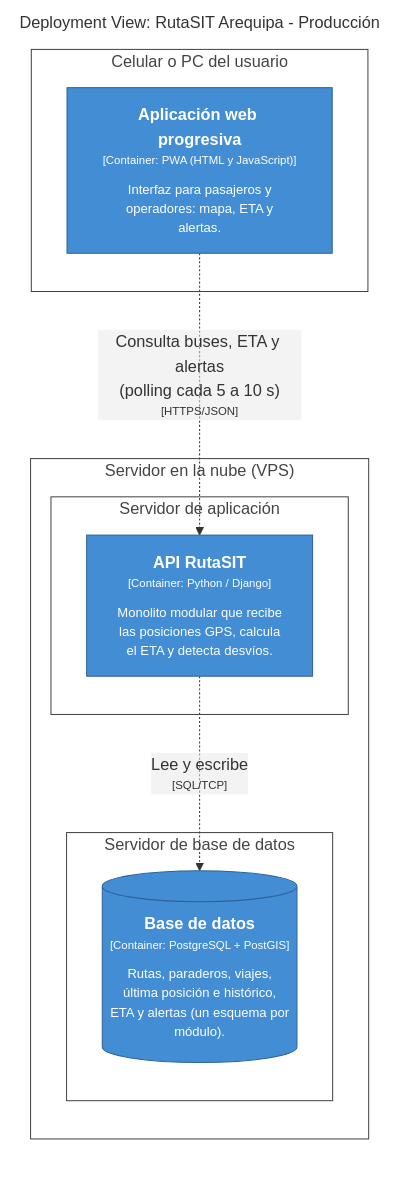
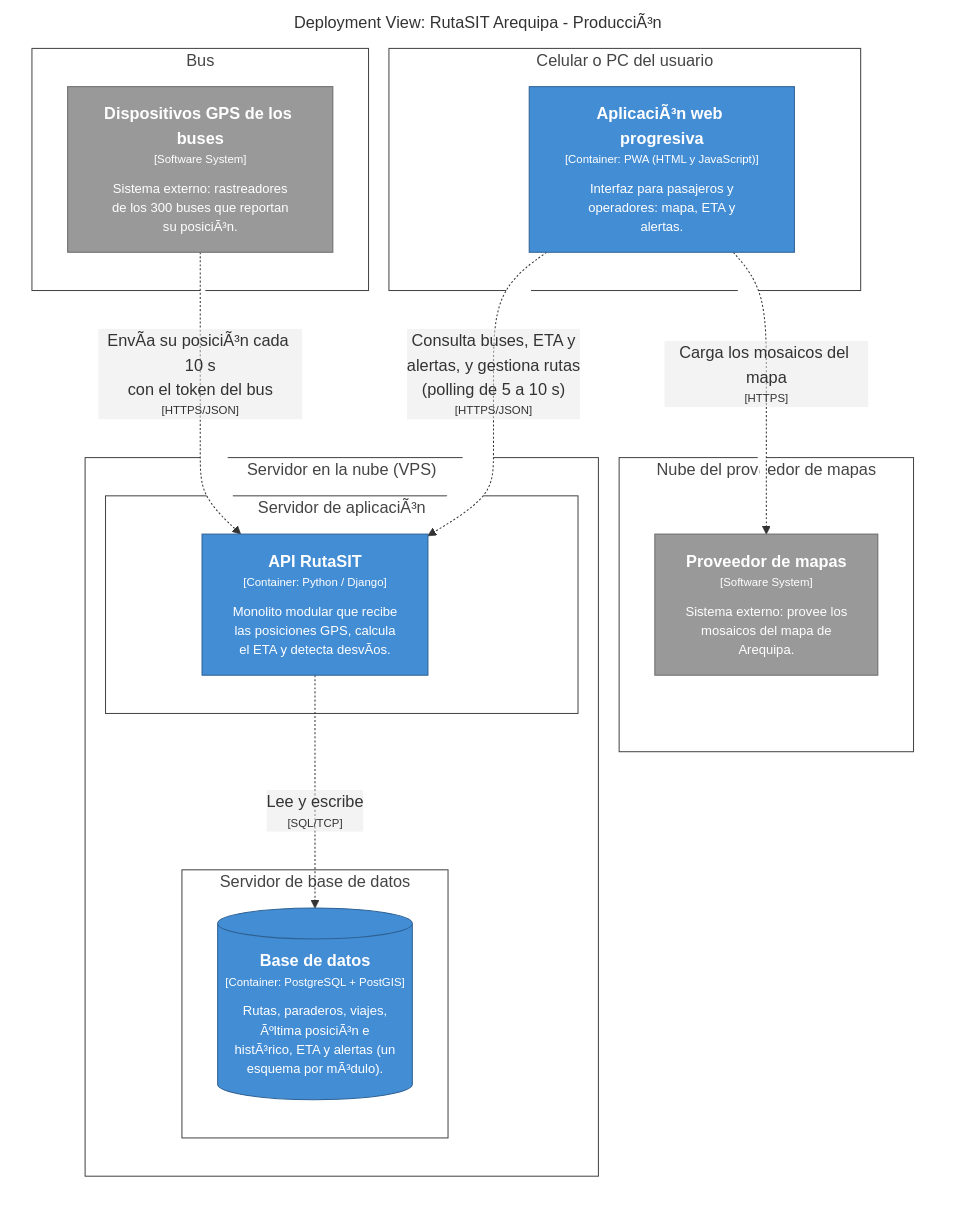
The diagram in docs/architecture/c4/export/structurizr-Despliegue.mmd (Camila-Alarico/cs-2026b-lab04--grupo06), drawn with Mermaid before and after one commit. The commit also changed 15 other files, not shown here.

```diff
--- a/docs/architecture/c4/export/structurizr-Despliegue.mmd
+++ b/docs/architecture/c4/export/structurizr-Despliegue.mmd
@@ -1,36 +1,52 @@
 graph LR
   linkStyle default fill:#ffffff
 
-  subgraph diagram ["Deployment View: RutaSIT Arequipa - Producción"]
+  subgraph diagram ["Deployment View: RutaSIT Arequipa - ProducciÃ³n"]
     style diagram fill:#ffffff,stroke:#ffffff
 
     subgraph 37 ["Celular o PC del usuario"]
       style 37 fill:#ffffff,stroke:#444444,color:#444444
 
-      38["<div style='font-weight: bold'>Aplicación web progresiva</div><div style='font-size: 70%; margin-top: 0px'>[Container: PWA (HTML y JavaScript)]</div><div style='font-size: 80%; margin-top:10px'>Interfaz para pasajeros y<br />operadores: mapa, ETA y<br />alertas.</div>"]
+      38["<div style='font-weight: bold'>AplicaciÃ³n web progresiva</div><div style='font-size: 70%; margin-top: 0px'>[Container: PWA (HTML y JavaScript)]</div><div style='font-size: 80%; margin-top:10px'>Interfaz para pasajeros y<br />operadores: mapa, ETA y<br />alertas.</div>"]
       style 38 fill:#438dd5,stroke:#2e6295,color:#ffffff
     end
 
-    subgraph 39 ["Servidor en la nube (VPS)"]
+    subgraph 39 ["Bus"]
       style 39 fill:#ffffff,stroke:#444444,color:#444444
 
-      subgraph 40 ["Servidor de aplicación"]
-        style 40 fill:#ffffff,stroke:#444444,color:#444444
+      40["<div style='font-weight: bold'>Dispositivos GPS de los buses</div><div style='font-size: 70%; margin-top: 0px'>[Software System]</div><div style='font-size: 80%; margin-top:10px'>Sistema externo: rastreadores<br />de los 300 buses que reportan<br />su posiciÃ³n.</div>"]
+      style 40 fill:#999999,stroke:#6b6b6b,color:#ffffff
+    end
 
-        41["<div style='font-weight: bold'>API RutaSIT</div><div style='font-size: 70%; margin-top: 0px'>[Container: Python / Django]</div><div style='font-size: 80%; margin-top:10px'>Monolito modular que recibe<br />las posiciones GPS, calcula<br />el ETA y detecta desvíos.</div>"]
-        style 41 fill:#438dd5,stroke:#2e6295,color:#ffffff
+    subgraph 41 ["Servidor en la nube (VPS)"]
+      style 41 fill:#ffffff,stroke:#444444,color:#444444
+
+      subgraph 42 ["Servidor de aplicaciÃ³n"]
+        style 42 fill:#ffffff,stroke:#444444,color:#444444
+
+        43["<div style='font-weight: bold'>API RutaSIT</div><div style='font-size: 70%; margin-top: 0px'>[Container: Python / Django]</div><div style='font-size: 80%; margin-top:10px'>Monolito modular que recibe<br />las posiciones GPS, calcula<br />el ETA y detecta desvÃ­os.</div>"]
+        style 43 fill:#438dd5,stroke:#2e6295,color:#ffffff
       end
 
-      subgraph 43 ["Servidor de base de datos"]
-        style 43 fill:#ffffff,stroke:#444444,color:#444444
+      subgraph 46 ["Servidor de base de datos"]
+        style 46 fill:#ffffff,stroke:#444444,color:#444444
 
-        44[("<div style='font-weight: bold'>Base de datos</div><div style='font-size: 70%; margin-top: 0px'>[Container: PostgreSQL + PostGIS]</div><div style='font-size: 80%; margin-top:10px'>Rutas, paraderos, viajes,<br />última posición e histórico,<br />ETA y alertas (un esquema por<br />módulo).</div>")]
-        style 44 fill:#438dd5,stroke:#2e6295,color:#ffffff
+        47[("<div style='font-weight: bold'>Base de datos</div><div style='font-size: 70%; margin-top: 0px'>[Container: PostgreSQL + PostGIS]</div><div style='font-size: 80%; margin-top:10px'>Rutas, paraderos, viajes,<br />Ãºltima posiciÃ³n e<br />histÃ³rico, ETA y alertas (un<br />esquema por mÃ³dulo).</div>")]
+        style 47 fill:#438dd5,stroke:#2e6295,color:#ffffff
       end
 
     end
 
-    38-. "<div>Consulta buses, ETA y alertas<br />(polling cada 5 a 10 s)</div><div style='font-size: 70%'>[HTTPS/JSON]</div>" .->41
-    41-. "<div>Lee y escribe</div><div style='font-size: 70%'>[SQL/TCP]</div>" .->44
+    subgraph 49 ["Nube del proveedor de mapas"]
+      style 49 fill:#ffffff,stroke:#444444,color:#444444
+
+      50["<div style='font-weight: bold'>Proveedor de mapas</div><div style='font-size: 70%; margin-top: 0px'>[Software System]</div><div style='font-size: 80%; margin-top:10px'>Sistema externo: provee los<br />mosaicos del mapa de<br />Arequipa.</div>"]
+      style 50 fill:#999999,stroke:#6b6b6b,color:#ffffff
+    end
+
+    38-. "<div>Consulta buses, ETA y<br />alertas, y gestiona rutas<br />(polling de 5 a 10 s)</div><div style='font-size: 70%'>[HTTPS/JSON]</div>" .->43
+    40-. "<div>EnvÃ­a su posiciÃ³n cada 10 s<br />con el token del bus</div><div style='font-size: 70%'>[HTTPS/JSON]</div>" .->43
+    43-. "<div>Lee y escribe</div><div style='font-size: 70%'>[SQL/TCP]</div>" .->47
+    38-. "<div>Carga los mosaicos del mapa</div><div style='font-size: 70%'>[HTTPS]</div>" .->50
 
   end
```
